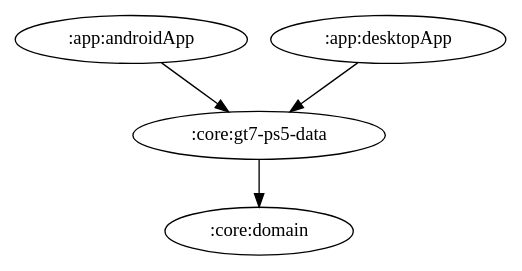
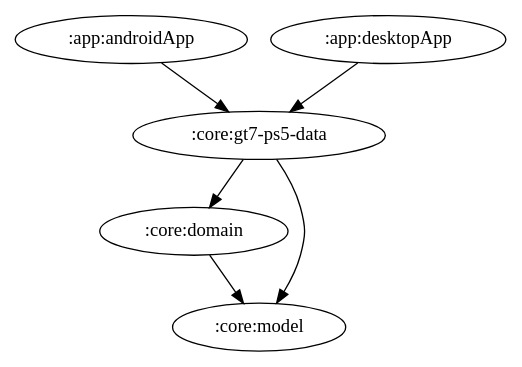
Before and after one commit to ai-kurou/KoDriver: the diagram in docs/graphs/core-gt7-ps5-data.gv, drawn with Graphviz. The commit also changed 63 other files, not shown here.

Commit message:
chore: update module graph images

```diff
--- a/docs/graphs/core-gt7-ps5-data.gv
+++ b/docs/graphs/core-gt7-ps5-data.gv
@@ -1,6 +1,8 @@
 digraph G {
   rankdir=TB
   ":app:androidApp" -> ":core:gt7-ps5-data"
   ":app:desktopApp" -> ":core:gt7-ps5-data"
+  ":core:domain" -> ":core:model"
   ":core:gt7-ps5-data" -> ":core:domain"
+  ":core:gt7-ps5-data" -> ":core:model"
 }
```
